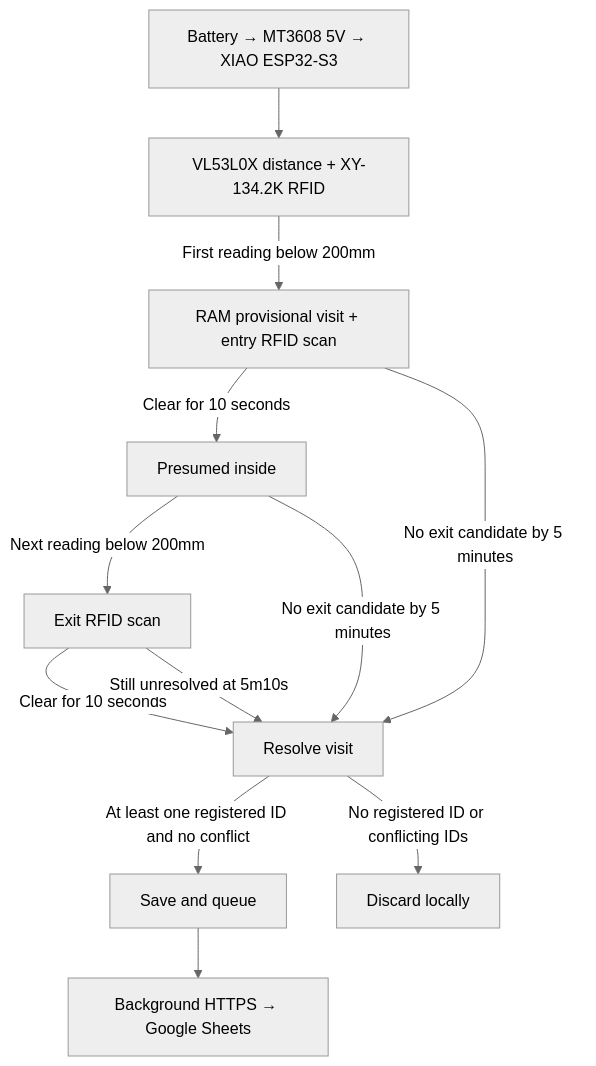
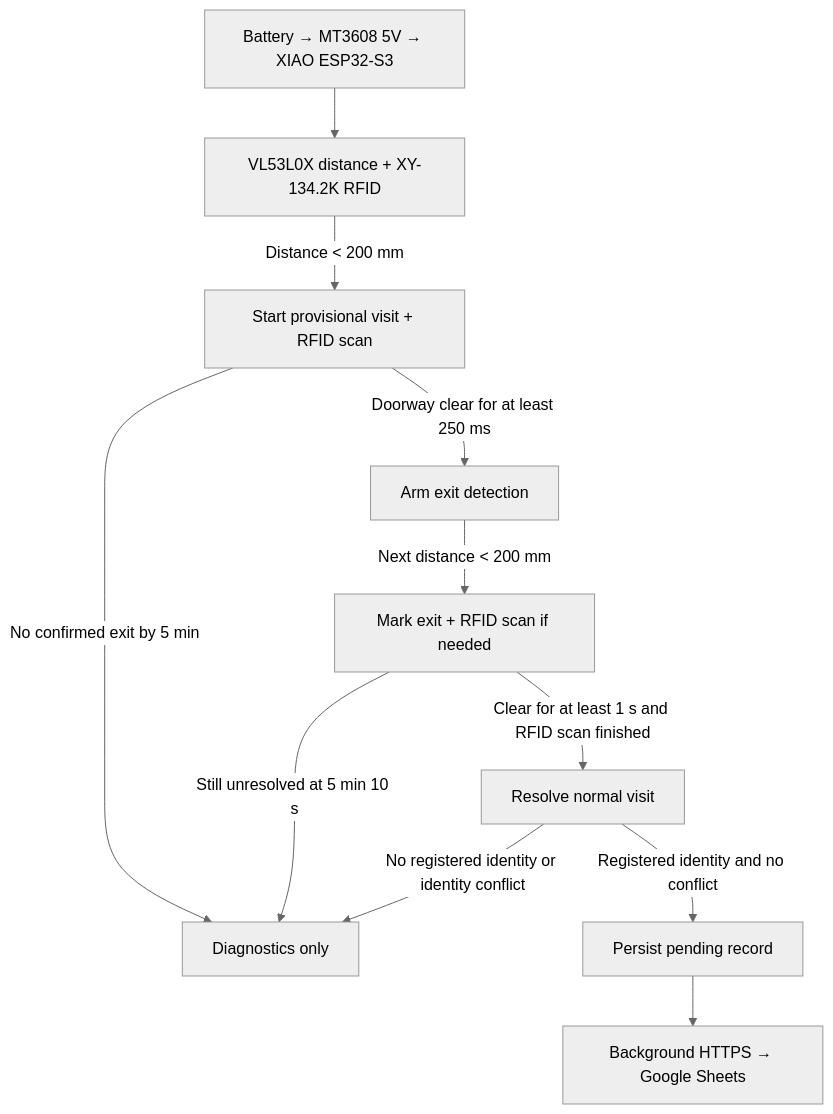
Before and after one commit to ziv50109/smart-litter-cabinet: the diagram in README.md, drawn with Mermaid (neutral theme). The commit also changed other lines of this file and 7 other files, not shown here.

````diff
--- a/README.md
+++ b/README.md
@@ -11,14 +11,13 @@
 ```mermaid
 flowchart TD
     Power[Battery → MT3608 5V → XIAO ESP32-S3] --> Sensors[VL53L0X distance + XY-134.2K RFID]
-    Sensors -->|First reading below 200mm| Visit[RAM provisional visit + entry RFID scan]
-    Visit -->|Clear for 10 seconds| Inside[Presumed inside]
-    Inside -->|Next reading below 200mm| Exit[Exit RFID scan]
-    Exit -->|Clear for 10 seconds| Resolve[Resolve visit]
-    Visit -->|No exit candidate by 5 minutes| Resolve
-    Inside -->|No exit candidate by 5 minutes| Resolve
-    Exit -->|Still unresolved at 5m10s| Resolve
-    Resolve -->|At least one registered ID and no conflict| Queue[Save and queue]
-    Resolve -->|No registered ID or conflicting IDs| Discard[Discard locally]
+    Sensors -->|Distance < 200 mm| Entry[Start provisional visit + RFID scan]
+    Entry -->|Doorway clear for at least 250 ms| Armed[Arm exit detection]
+    Armed -->|Next distance < 200 mm| Exit[Mark exit + RFID scan if needed]
+    Exit -->|Clear for at least 1 s and RFID scan finished| Resolve[Resolve normal visit]
+    Entry -->|No confirmed exit by 5 min| Diagnostic[Diagnostics only]
+    Exit -->|Still unresolved at 5 min 10 s| Diagnostic
+    Resolve -->|Registered identity and no conflict| Queue[Persist pending record]
+    Resolve -->|No registered identity or identity conflict| Diagnostic
     Queue --> Sheets[Background HTTPS → Google Sheets]
 ```
````
